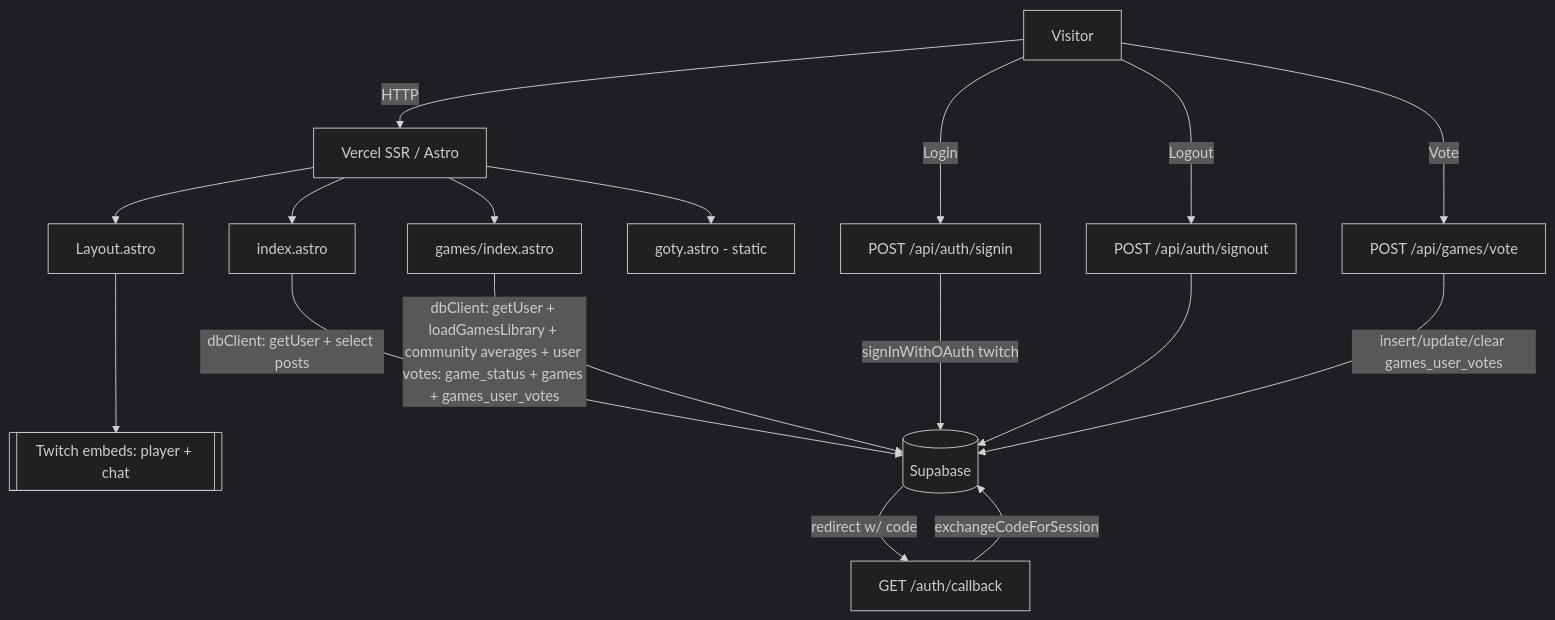
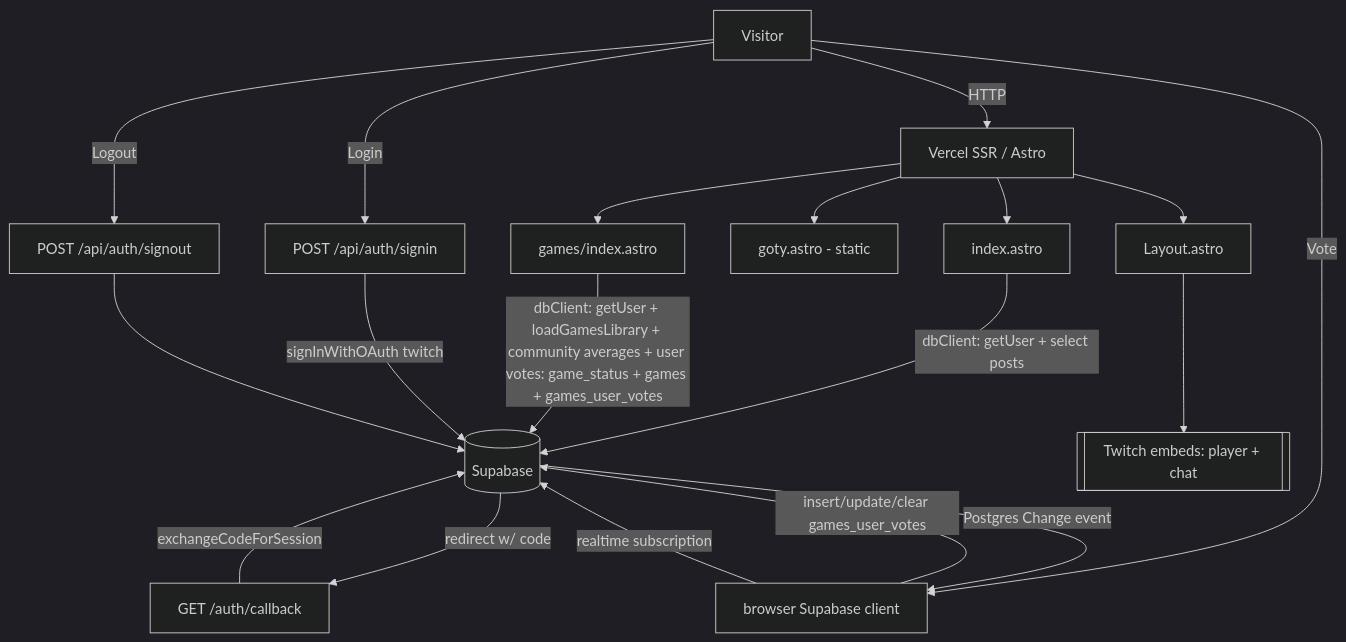
One commit to danygq/knekro-hub changed the diagram in ARCHITECTURE.md. Above: the diagram before and after it, drawn with Mermaid (dark theme). The commit also changed other lines of this file and 7 other files, not shown here.

First line of the commit message:
feat: realtime vote updates via Supabase Realtime

````diff
--- a/ARCHITECTURE.md
+++ b/ARCHITECTURE.md
@@ -14,13 +18,14 @@
 ```mermaid
 flowchart TD
-  U[Visitor] -->|HTTP| V[Vercel SSR / Astro]
-  V --> L[Layout.astro]
-  V --> Pi[index.astro] -->|dbClient: getUser + select posts| SB[(Supabase)]
-  V --> Pg[games/index.astro] -->|dbClient: getUser + loadGamesLibrary + community averages + user votes: game_status + games + games_user_votes| SB
-  V --> Pgo[goty.astro - static]
-  U -->|Login| AS[POST /api/auth/signin] -->|signInWithOAuth twitch| SB
-  SB -->|redirect w/ code| CB[GET /auth/callback] -->|exchangeCodeForSession| SB
-  U -->|Logout| AO[POST /api/auth/signout] --> SB
-  U -->|Vote| PV[POST /api/games/vote] -->|insert/update/clear games_user_votes| SB
-  L --> TW[[Twitch embeds: player + chat]]
+    U[Visitor] -->|HTTP| V[Vercel SSR / Astro]
+    V --> L[Layout.astro]
+    V --> Pi[index.astro] -->|dbClient: getUser + select posts| SB[(Supabase)]
+    V --> Pg[games/index.astro] -->|dbClient: getUser + loadGamesLibrary + community averages + user votes: game_status + games + games_user_votes| SB
+    V --> Pgo[goty.astro - static]
+    U -->|Login| AS[POST /api/auth/signin] -->|signInWithOAuth twitch| SB
+    SB -->|redirect w/ code| CB[GET /auth/callback] -->|exchangeCodeForSession| SB
+    U -->|Logout| AO[POST /api/auth/signout] --> SB
+    U -->|Vote| PV[browser Supabase client] -->|insert/update/clear games_user_votes| SB
+    SB -->|Postgres Change event| PV -->|realtime subscription| SB
+    L --> TW[[Twitch embeds: player + chat]]
 ```
````
